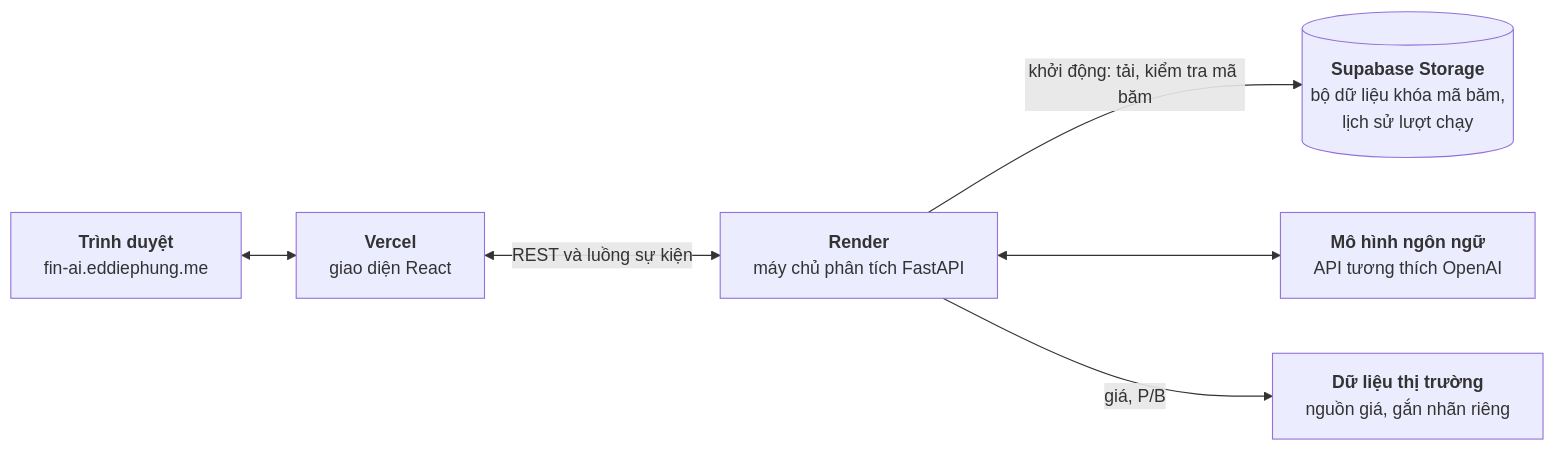
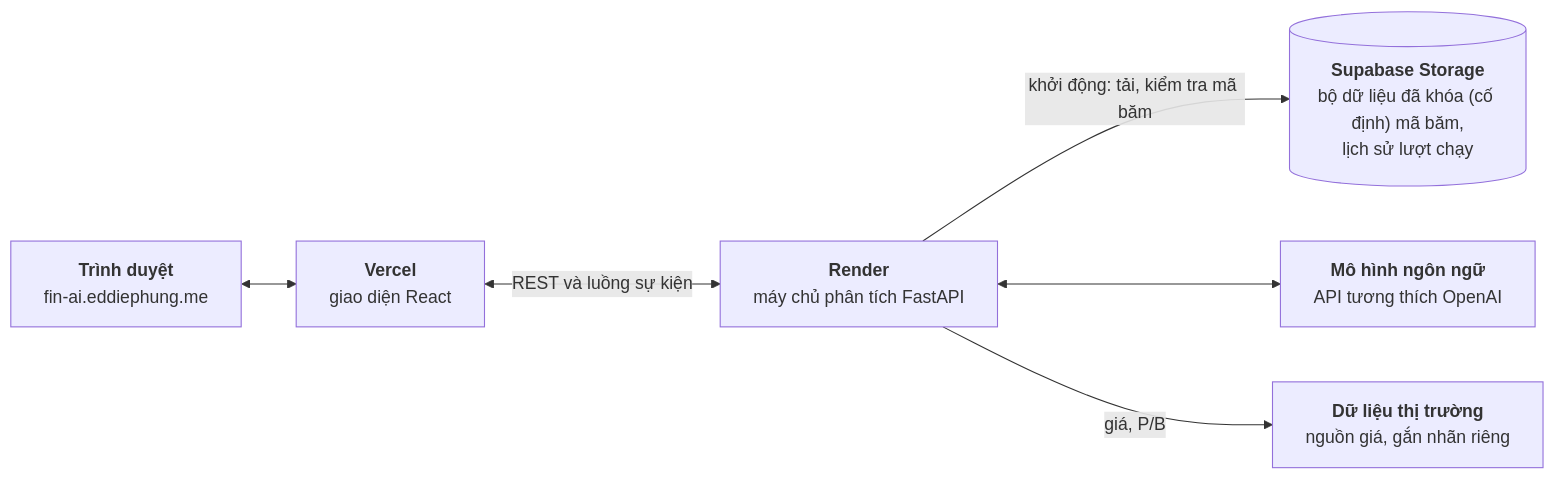
Before and after one commit to thaicuong576/final-thesis: the third of 3 diagrams in docs/thesis-v2/chuong-4-thiet-ke-trien-khai.md, drawn with Mermaid. The commit also changed other lines of this file and 7 other files, not shown here.

````diff
--- a/docs/thesis-v2/chuong-4-thiet-ke-trien-khai.md
+++ b/docs/thesis-v2/chuong-4-thiet-ke-trien-khai.md
@@ -138,14 +138,14 @@
 ```mermaid
 flowchart LR
     B["<b>Trình duyệt</b><br/>fin-ai.eddiephung.me"]
     FE["<b>Vercel</b><br/>giao diện React"]
     BE["<b>Render</b><br/>máy chủ phân tích FastAPI"]
-    ST[("<b>Supabase Storage</b><br/>bộ dữ liệu khóa mã băm,<br/>lịch sử lượt chạy")]
+    ST[("<b>Supabase Storage</b><br/>bộ dữ liệu đã khóa (cố định) mã băm,<br/>lịch sử lượt chạy")]
     LLM["<b>Mô hình ngôn ngữ</b><br/>API tương thích OpenAI"]
     MK["<b>Dữ liệu thị trường</b><br/>nguồn giá, gắn nhãn riêng"]
     B <--> FE
     FE <-->|"REST và luồng sự kiện"| BE
     BE -->|"khởi động: tải, kiểm tra mã băm"| ST
     BE <--> LLM
     BE -->|"giá, P/B"| MK
 ```
````
